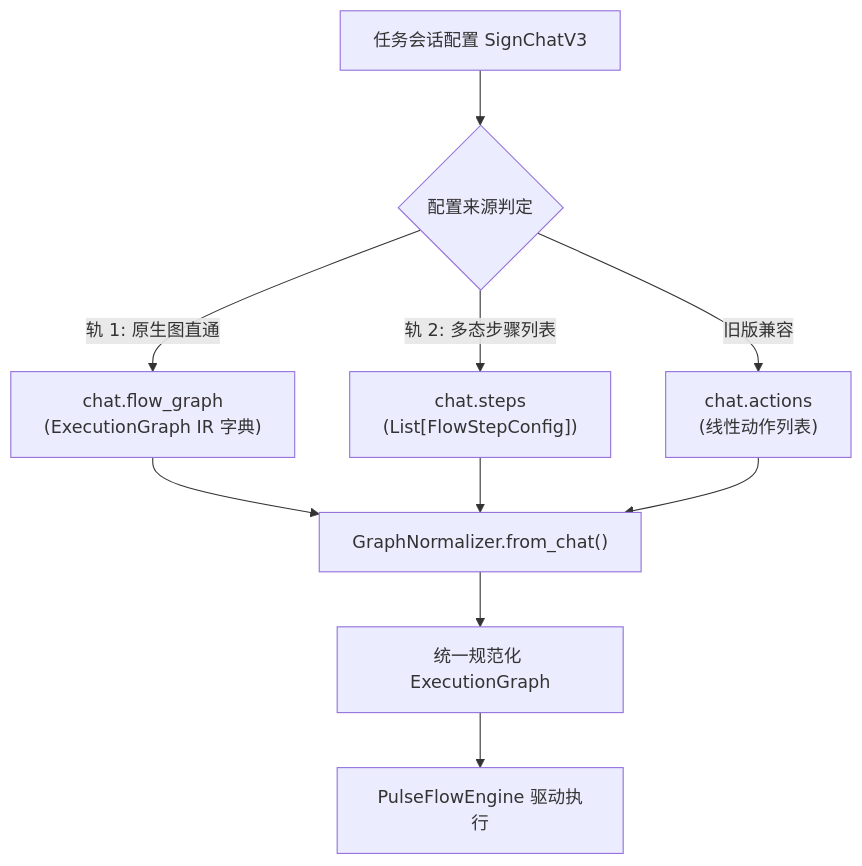
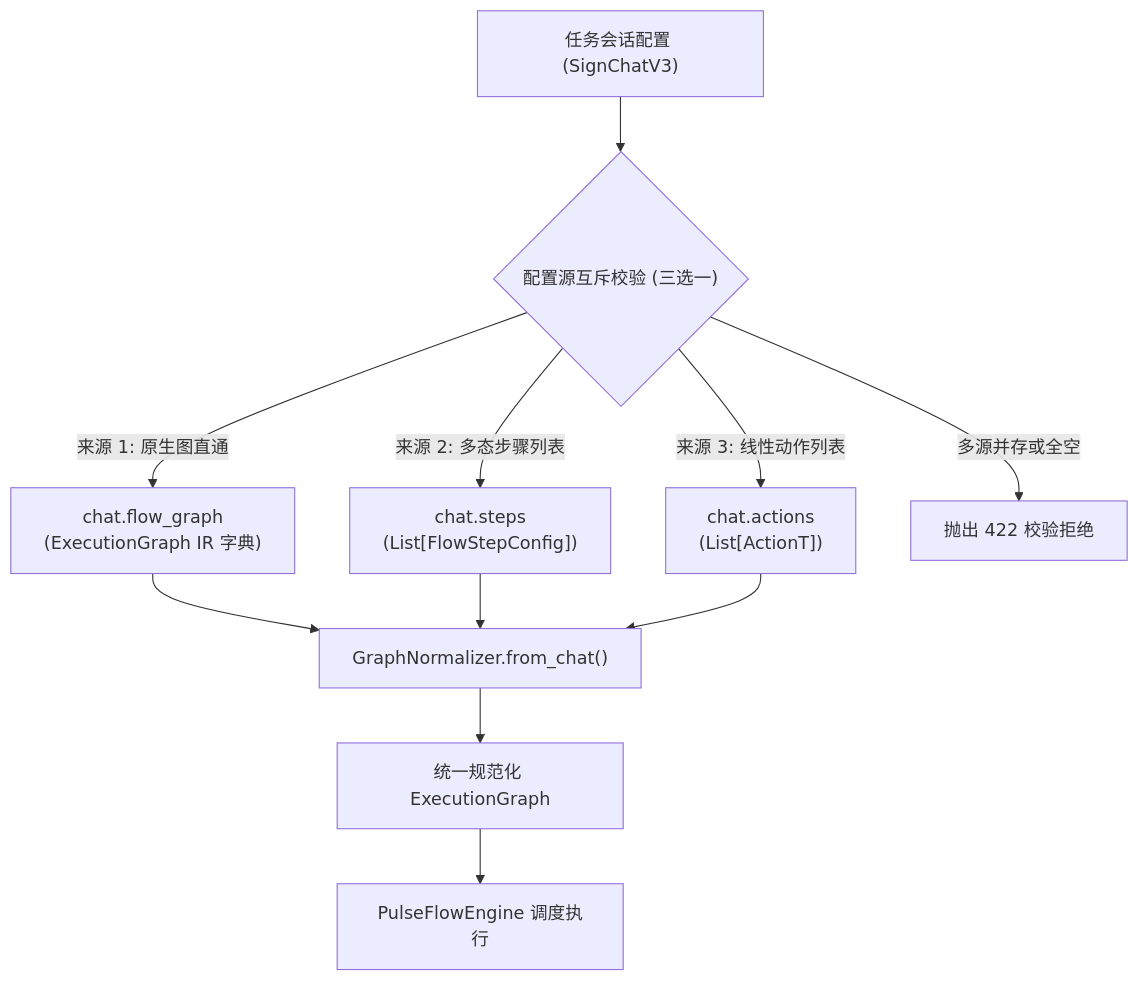
One commit to Silentely/TG-SignPulse changed the diagram in docs/superpowers/specs/2026-10-11-control-nodes-configuration-design.md. Above: the diagram before and after it, drawn with Mermaid. The commit also changed other lines of this file and 1 other file, not shown here.

````diff
--- a/docs/superpowers/specs/2026-10-11-control-nodes-configuration-design.md
+++ b/docs/superpowers/specs/2026-10-11-control-nodes-configuration-design.md
@@ -15,14 +16,15 @@
 ```mermaid
 flowchart TD
-    Input["任务会话配置 SignChatV3"] --> Decision{"配置来源判定"}
-    Decision -->|"轨 1: 原生图直通"| NativeIR["chat.flow_graph<br/>(ExecutionGraph IR 字典)"]
-    Decision -->|"轨 2: 多态步骤列表"| PolySteps["chat.steps<br/>(List[FlowStepConfig])"]
-    Decision -->|"旧版兼容"| LegacyActions["chat.actions<br/>(线性动作列表)"]
+    Input["任务会话配置 (SignChatV3)"] --> Exclusivity{"配置源互斥校验 (三选一)"}
+    Exclusivity -->|"来源 1: 原生图直通"| NativeIR["chat.flow_graph<br/>(ExecutionGraph IR 字典)"]
+    Exclusivity -->|"来源 2: 多态步骤列表"| PolySteps["chat.steps<br/>(List[FlowStepConfig])"]
+    Exclusivity -->|"来源 3: 线性动作列表"| LegacyActions["chat.actions<br/>(List[ActionT])"]
+    Exclusivity -->|"多源并存或全空"| Reject["抛出 422 校验拒绝"]
 
     NativeIR --> Normalizer["GraphNormalizer.from_chat()"]
     PolySteps --> Normalizer
     LegacyActions --> Normalizer
 
-    Normalizer --> Graph["统一规范化 ExecutionGraph"]
-    Graph --> Runner["PulseFlowEngine 驱动执行"]
+    Normalizer --> OutputGraph["统一规范化 ExecutionGraph"]
+    OutputGraph --> Engine["PulseFlowEngine 调度执行"]
 ```
````
